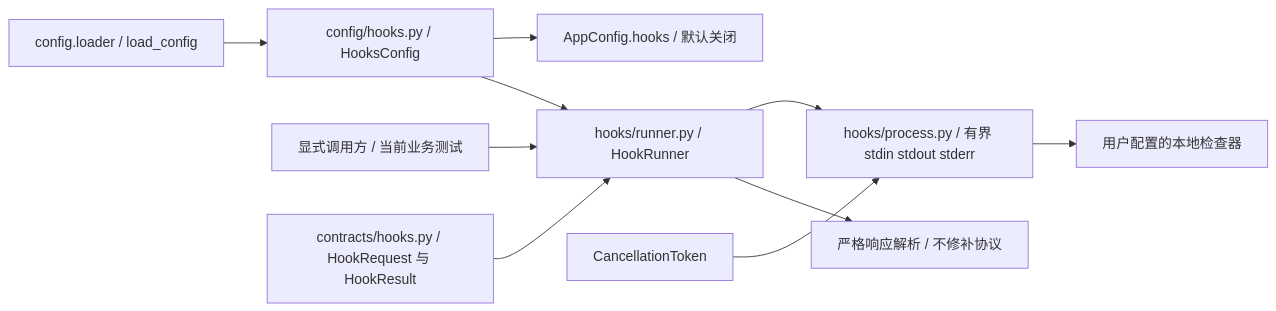
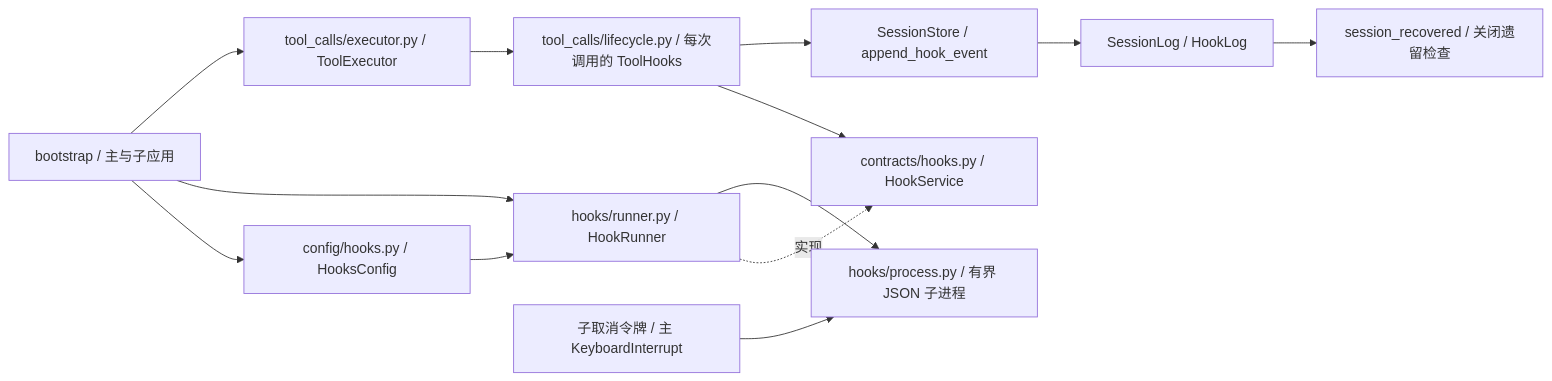
The first of 18 diagrams in docs/architecture.md (Plvltra/AdamAgent), drawn with Mermaid before and after one commit. The commit also changed other lines of this file and 19 other files, not shown here.

```diff
--- a/docs/architecture.md
+++ b/docs/architecture.md
@@ -13,12 +13,15 @@
 ~~~mermaid
 flowchart LR
-    HOOK_LOAD["config.loader / load_config"] --> HOOK_CONFIG["config/hooks.py / HooksConfig"]
-    HOOK_CONFIG --> HOOK_APP_CONFIG["AppConfig.hooks / 默认关闭"]
-    HOOK_CALLER["显式调用方 / 当前业务测试"] --> HOOK_RUNNER["hooks/runner.py / HookRunner"]
+    HOOK_BOOT["bootstrap / 主与子应用"] --> HOOK_CONFIG["config/hooks.py / HooksConfig"]
+    HOOK_BOOT --> HOOK_RUNNER["hooks/runner.py / HookRunner"]
     HOOK_CONFIG --> HOOK_RUNNER
-    HOOK_CONTRACT["contracts/hooks.py / HookRequest 与 HookResult"] --> HOOK_RUNNER
-    HOOK_RUNNER --> HOOK_PROCESS["hooks/process.py / 有界 stdin stdout stderr"]
-    HOOK_PROCESS --> HOOK_PROGRAM["用户配置的本地检查器"]
-    HOOK_CANCEL["CancellationToken"] --> HOOK_PROCESS
-    HOOK_RUNNER --> HOOK_REPLY["严格响应解析 / 不修补协议"]
+    HOOK_RUNNER -.实现.-> HOOK_PORT["contracts/hooks.py / HookService"]
+    HOOK_BOOT --> HOOK_EXEC["tool_calls/executor.py / ToolExecutor"]
+    HOOK_EXEC --> HOOK_COORD["tool_calls/lifecycle.py / 每次调用的 ToolHooks"]
+    HOOK_COORD --> HOOK_PORT
+    HOOK_RUNNER --> HOOK_PROCESS["hooks/process.py / 有界 JSON 子进程"]
+    HOOK_CANCEL["子取消令牌 / 主 KeyboardInterrupt"] --> HOOK_PROCESS
+    HOOK_COORD --> HOOK_STORE["SessionStore / append_hook_event"]
+    HOOK_STORE --> HOOK_LOG["SessionLog / HookLog"]
+    HOOK_LOG --> HOOK_RECOVER["session_recovered / 关闭遗留检查"]
 ~~~
```
